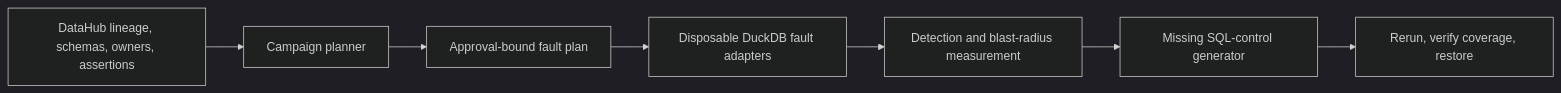
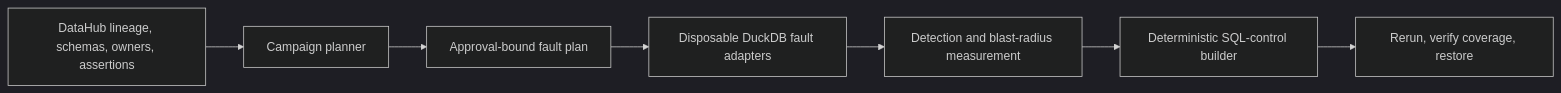
The diagram in README.md (amathias/lineage-fuzzer), drawn with Mermaid (dark theme) before and after one commit. The commit also changed other lines of this file and 8 other files, not shown here.

````diff
--- a/README.md
+++ b/README.md
@@ -24,9 +25,9 @@
 ```mermaid
 flowchart LR
     D["DataHub lineage, schemas, owners, assertions"] --> P["Campaign planner"]
     P --> A["Approval-bound fault plan"]
     A --> F["Disposable DuckDB fault adapters"]
     F --> M["Detection and blast-radius measurement"]
-    M --> G["Missing SQL-control generator"]
+    M --> G["Deterministic SQL-control builder"]
     G --> R["Rerun, verify coverage, restore"]
 ```
````
